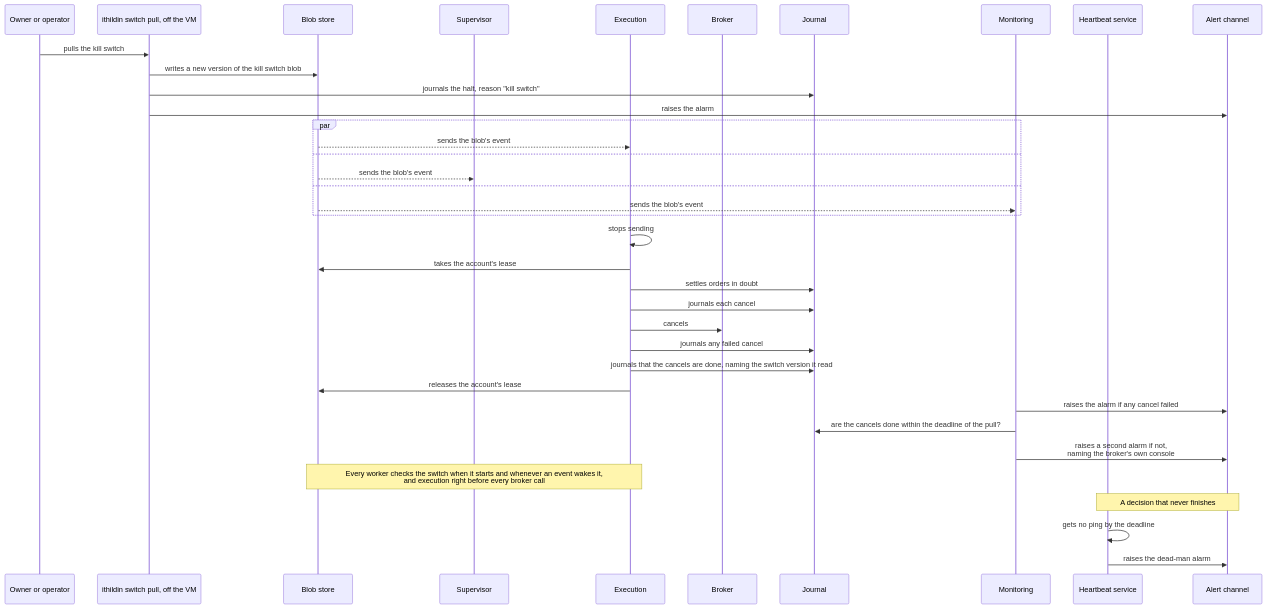
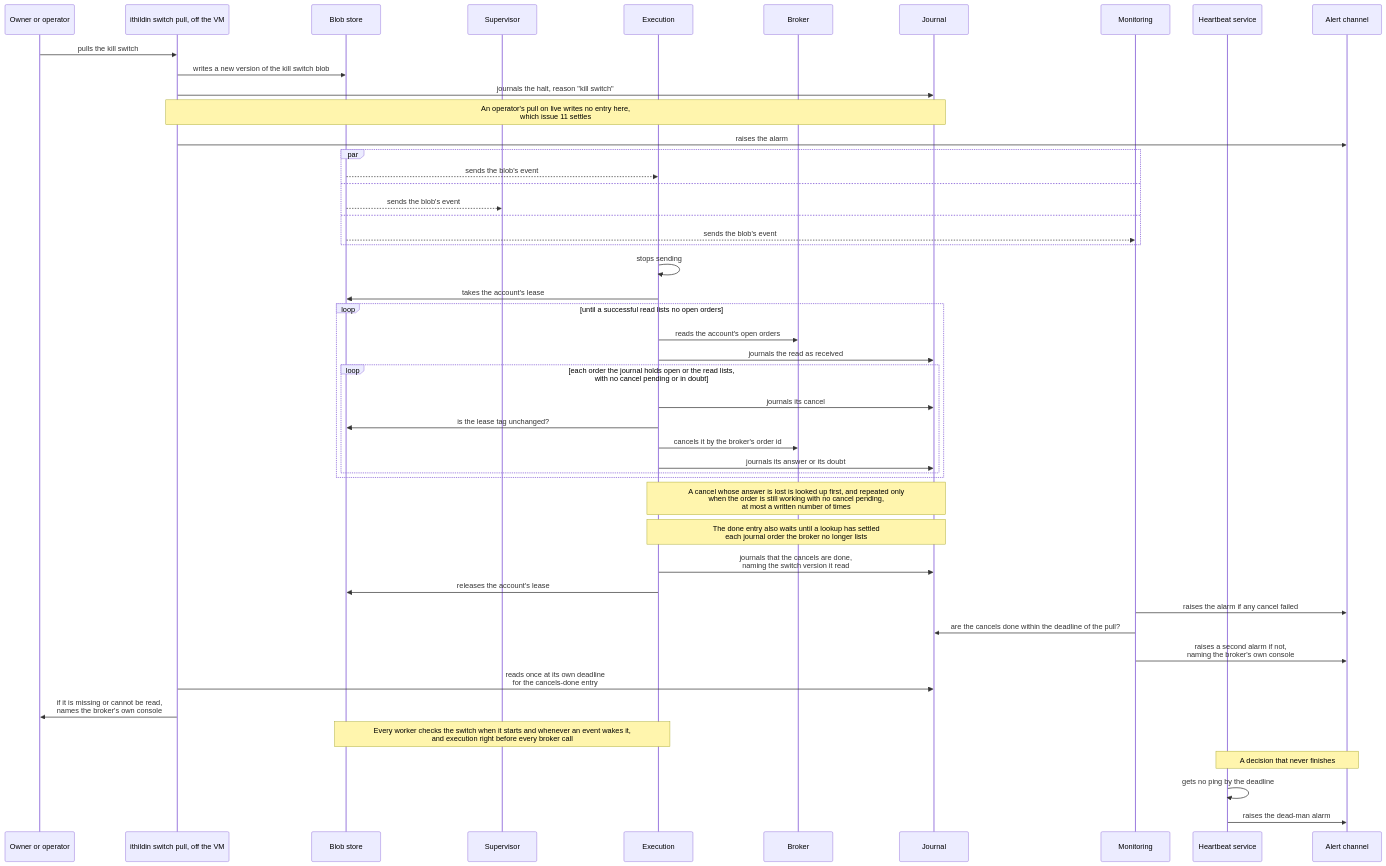
Diagram 15 of 17 in docs/architecture/06-runtime.md (l3a0/ithildin-runtime), drawn with Mermaid before and after one commit. The commit also changed other lines of this file and 15 other files, not shown here.

First line of the commit message:
docs: apply a review round of the merged slice 1 architecture and design (#69)

````diff
--- a/docs/architecture/06-runtime.md
+++ b/docs/architecture/06-runtime.md
@@ -832,41 +836,52 @@
 ```mermaid
 sequenceDiagram
     participant P as Owner or operator
     participant K as ithildin switch pull, off the VM
     participant F as Blob store
     participant V as Supervisor
     participant X as Execution
     participant B as Broker
     participant J as Journal
     participant M as Monitoring
     participant H as Heartbeat service
     participant A as Alert channel
 
     P->>K: pulls the kill switch
     K->>F: writes a new version of the kill switch blob
     K->>J: journals the halt, reason "kill switch"
+    Note over K,J: An operator's pull on live writes no entry here,<br/>which issue 11 settles
     K->>A: raises the alarm
     par
         F-->>X: sends the blob's event
     and
         F-->>V: sends the blob's event
     and
         F-->>M: sends the blob's event
     end
     X->>X: stops sending
     X->>F: takes the account's lease
-    X->>J: settles orders in doubt
-    X->>J: journals each cancel
-    X->>B: cancels
-    X->>J: journals any failed cancel
-    X->>J: journals that the cancels are done, naming the switch version it read
+    loop until a successful read lists no open orders
+        X->>B: reads the account's open orders
+        X->>J: journals the read as received
+        loop each order the journal holds open or the read lists,<br/>with no cancel pending or in doubt
+            X->>J: journals its cancel
+            X->>F: is the lease tag unchanged?
+            X->>B: cancels it by the broker's order id
+            X->>J: journals its answer or its doubt
+        end
+    end
+    Note over X,J: A cancel whose answer is lost is looked up first, and repeated only<br/>when the order is still working with no cancel pending,<br/>at most a written number of times
+    Note over X,J: The done entry also waits until a lookup has settled<br/>each journal order the broker no longer lists
+    X->>J: journals that the cancels are done,<br/>naming the switch version it read
     X->>F: releases the account's lease
     M->>A: raises the alarm if any cancel failed
     M->>J: are the cancels done within the deadline of the pull?
     M->>A: raises a second alarm if not,<br/>naming the broker's own console
+    K->>J: reads once at its own deadline<br/>for the cancels-done entry
+    K->>P: if it is missing or cannot be read,<br/>names the broker's own console
     Note over F,X: Every worker checks the switch when it starts and whenever an event wakes it,<br/>and execution right before every broker call
 
     Note over H,A: A decision that never finishes
     H->>H: gets no ping by the deadline
     H->>A: raises the dead-man alarm
 ```
````
